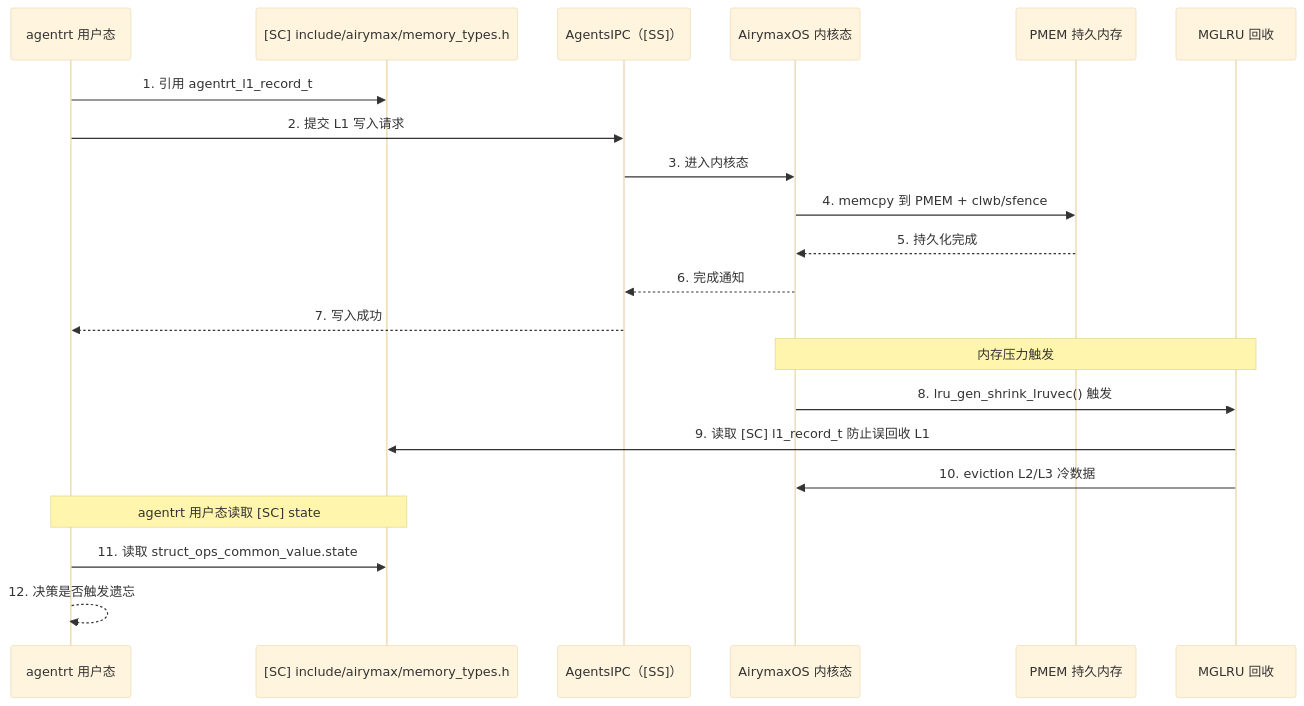
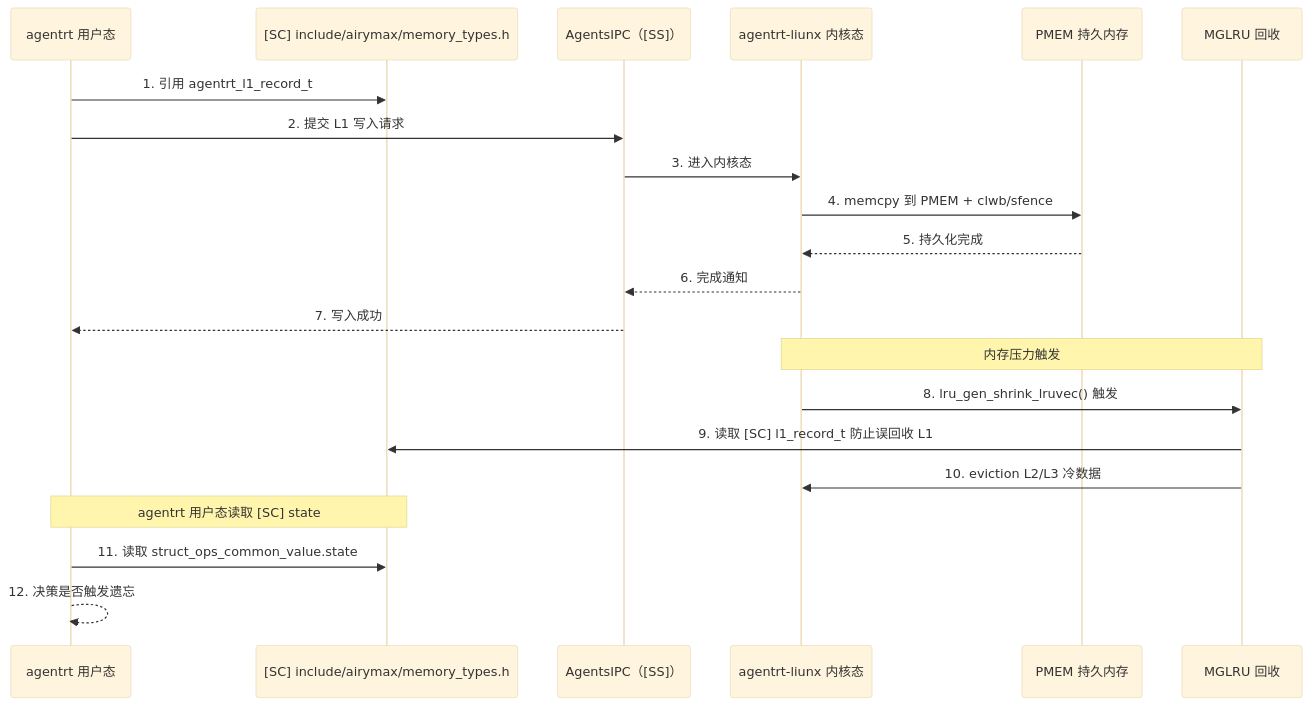
The ninth of 9 diagrams in AirymaxAgentOS/40-dataflows/02-memory-flow.md (openairymax/docs), drawn with Mermaid (base theme) before and after one commit. The commit also changed other lines of this file and 99 other files, not shown here.

````diff
--- a/AirymaxAgentOS/40-dataflows/02-memory-flow.md
+++ b/AirymaxAgentOS/40-dataflows/02-memory-flow.md
@@ -673,26 +673,26 @@
 ```mermaid
 sequenceDiagram
     participant AR as agentrt 用户态
     participant SC as [SC] include/airymax/memory_types.h
     participant IPC as AgentsIPC（[SS]）
-    participant KR as AirymaxOS 内核态
+    participant KR as agentrt-liunx 内核态
     participant PMEM as PMEM 持久内存
     participant MGLRU as MGLRU 回收
     
     AR->>SC: 1. 引用 agentrt_l1_record_t
     AR->>IPC: 2. 提交 L1 写入请求
     IPC->>KR: 3. 进入内核态
     KR->>PMEM: 4. memcpy 到 PMEM + clwb/sfence
     PMEM-->>KR: 5. 持久化完成
     KR-->>IPC: 6. 完成通知
     IPC-->>AR: 7. 写入成功
     
     Note over KR,MGLRU: 内存压力触发
     KR->>MGLRU: 8. lru_gen_shrink_lruvec() 触发
     MGLRU->>SC: 9. 读取 [SC] l1_record_t 防止误回收 L1
     MGLRU->>KR: 10. eviction L2/L3 冷数据
     
     Note over AR,SC: agentrt 用户态读取 [SC] state
     AR->>SC: 11. 读取 struct_ops_common_value.state
     AR-->>AR: 12. 决策是否触发遗忘
 ```
````
